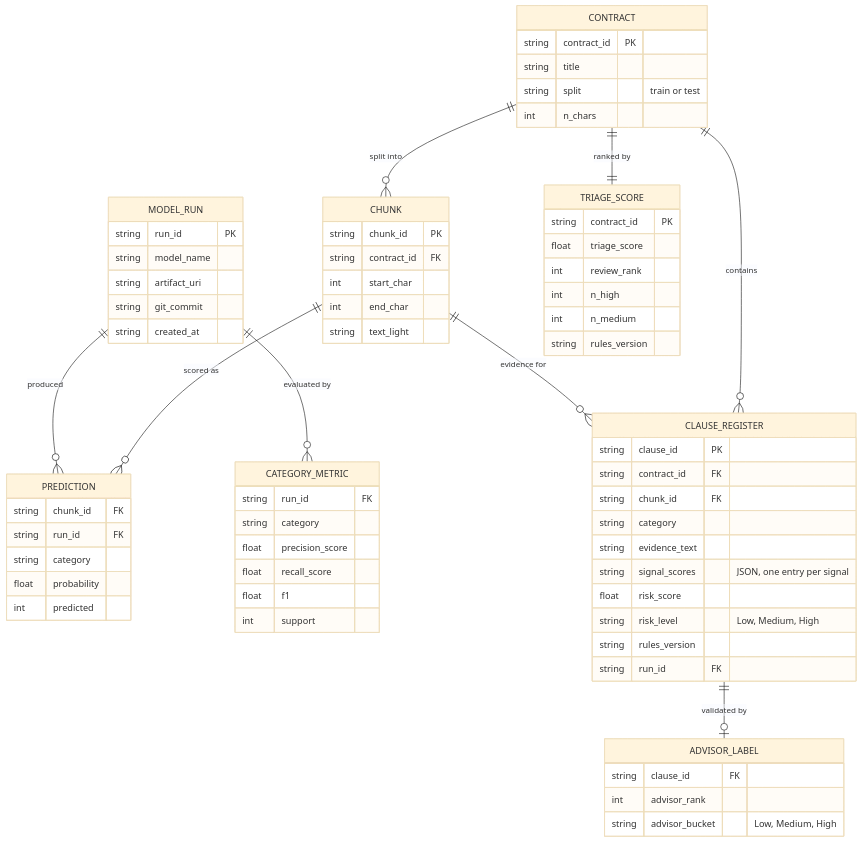
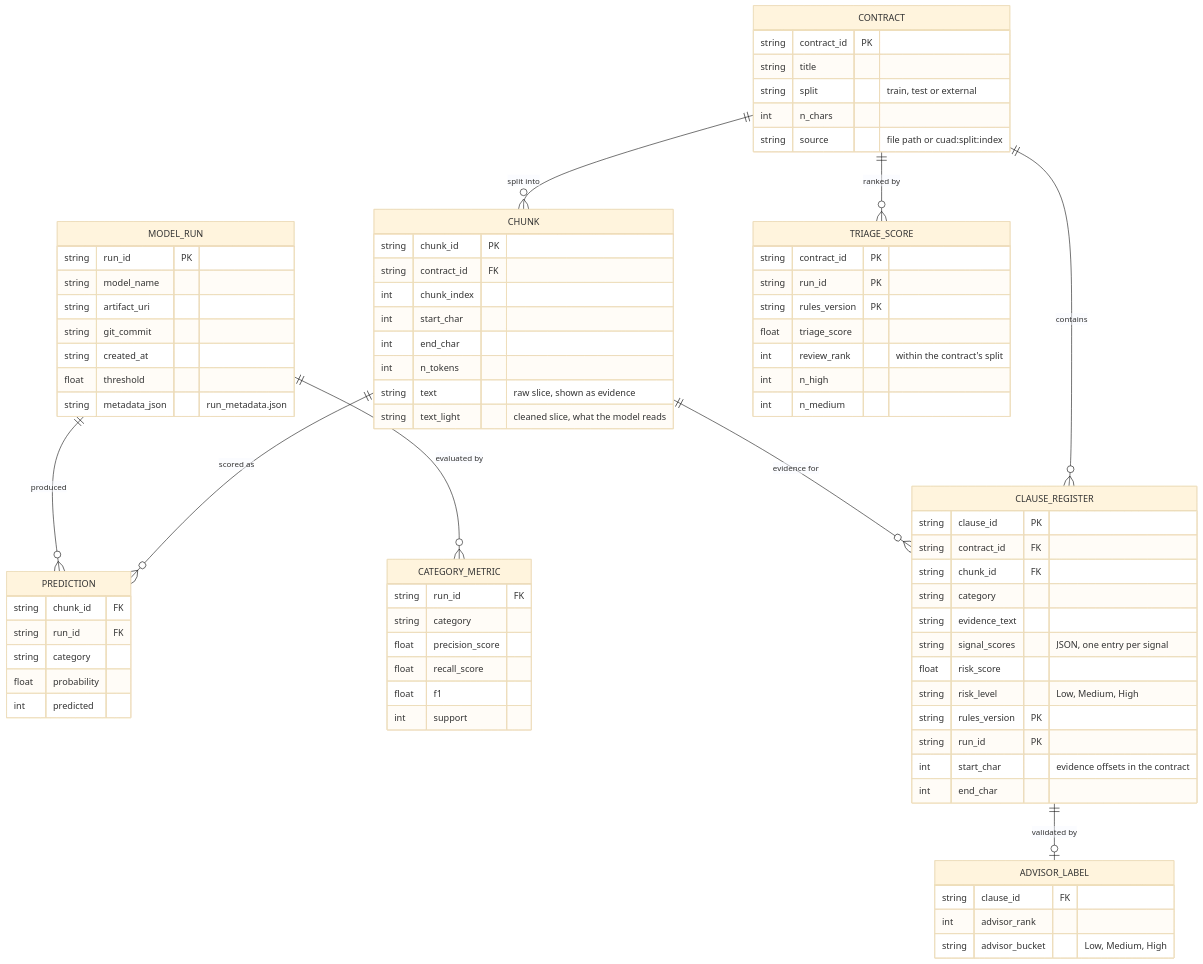
The second of 2 diagrams in docs/ARCHITECTURE.md (Break-Through-Tech/Accenture-1Q-contract-review-challenge), drawn with Mermaid (base theme) before and after one commit. The commit also changed other lines of this file and 16 other files, not shown here.

````diff
--- a/docs/ARCHITECTURE.md
+++ b/docs/ARCHITECTURE.md
@@ -104,72 +106,81 @@
 ```mermaid
 erDiagram
     CONTRACT ||--o{ CHUNK : "split into"
     CHUNK ||--o{ PREDICTION : "scored as"
     MODEL_RUN ||--o{ PREDICTION : "produced"
     MODEL_RUN ||--o{ CATEGORY_METRIC : "evaluated by"
     CONTRACT ||--o{ CLAUSE_REGISTER : "contains"
     CHUNK ||--o{ CLAUSE_REGISTER : "evidence for"
     CLAUSE_REGISTER ||--o| ADVISOR_LABEL : "validated by"
-    CONTRACT ||--|| TRIAGE_SCORE : "ranked by"
+    CONTRACT ||--o{ TRIAGE_SCORE : "ranked by"
 
     CONTRACT {
         string contract_id PK
         string title
-        string split "train or test"
+        string split "train, test or external"
         int n_chars
+        string source "file path or cuad:split:index"
     }
     CHUNK {
         string chunk_id PK
         string contract_id FK
+        int chunk_index
         int start_char
         int end_char
-        string text_light
+        int n_tokens
+        string text "raw slice, shown as evidence"
+        string text_light "cleaned slice, what the model reads"
     }
     MODEL_RUN {
         string run_id PK
         string model_name
         string artifact_uri
         string git_commit
         string created_at
+        float threshold
+        string metadata_json "run_metadata.json"
     }
     PREDICTION {
         string chunk_id FK
         string run_id FK
         string category
         float probability
         int predicted
     }
     CATEGORY_METRIC {
         string run_id FK
         string category
         float precision_score
         float recall_score
         float f1
         int support
     }
     CLAUSE_REGISTER {
         string clause_id PK
         string contract_id FK
         string chunk_id FK
         string category
         string evidence_text
         string signal_scores "JSON, one entry per signal"
         float risk_score
         string risk_level "Low, Medium, High"
-        string rules_version
-        string run_id FK
+        string rules_version PK
+        string run_id PK
+        int start_char "evidence offsets in the contract"
+        int end_char
     }
     ADVISOR_LABEL {
         string clause_id FK
         int advisor_rank
         string advisor_bucket "Low, Medium, High"
     }
     TRIAGE_SCORE {
         string contract_id PK
+        string run_id PK
+        string rules_version PK
         float triage_score
-        int review_rank
+        int review_rank "within the contract's split"
         int n_high
         int n_medium
-        string rules_version
     }
 ```
````
